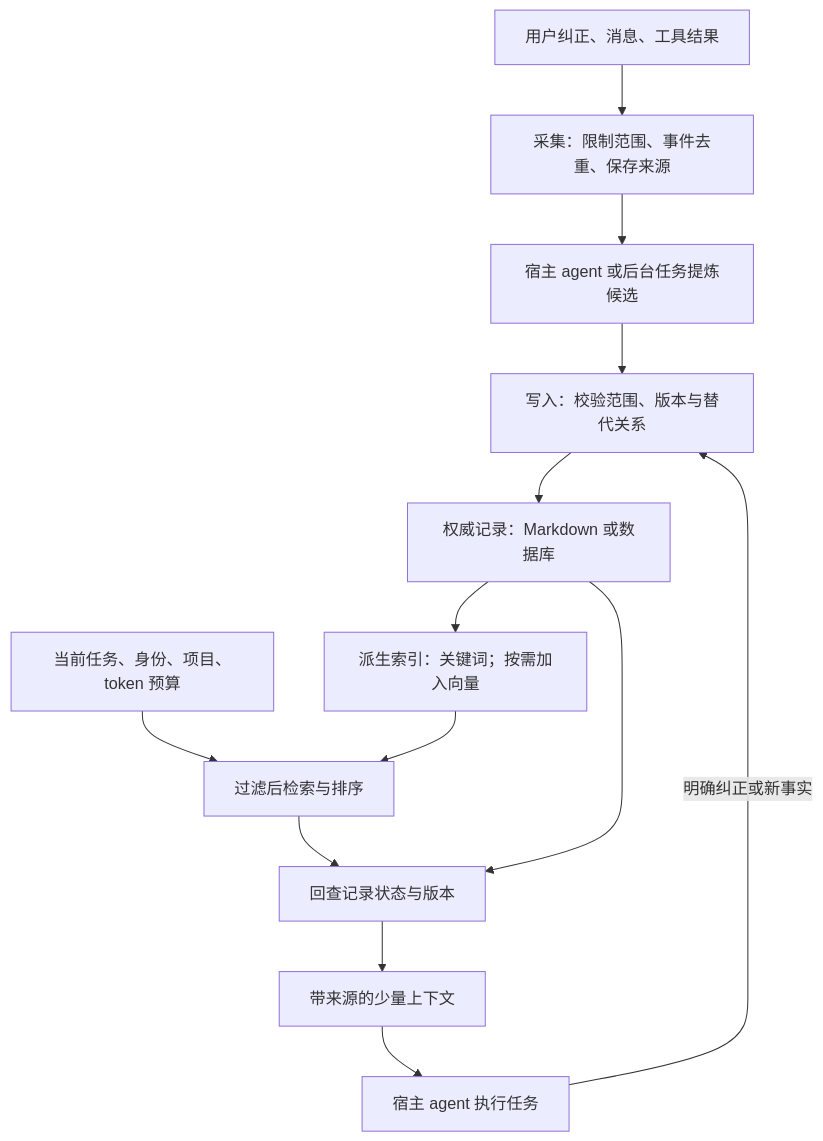
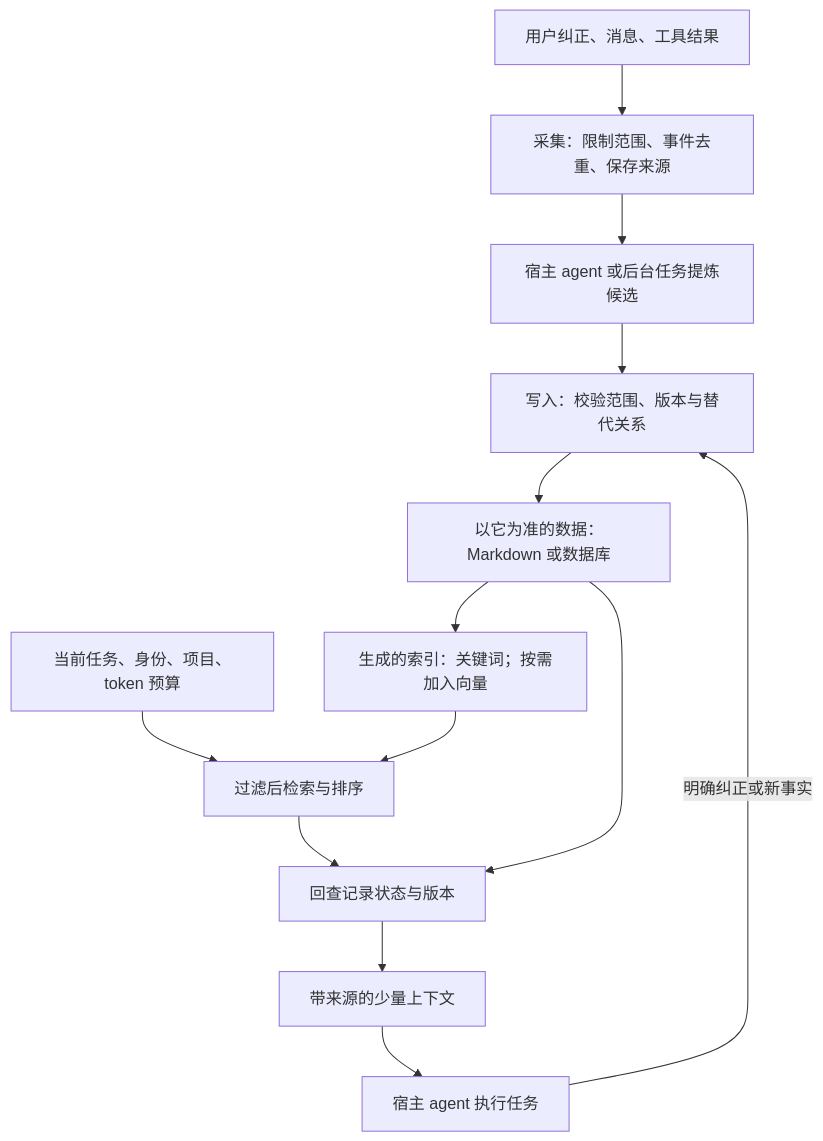
One commit to PerfectPan/wiki changed the first of 2 diagrams in wiki/syntheses/ai/agent-memory-implementation.md. Above: the diagram before and after it, drawn with Mermaid. The commit also changed other lines of this file, not shown here.

Commit message:
docs(ai): clarify source data and generated index wording

````diff
--- a/wiki/syntheses/ai/agent-memory-implementation.md
+++ b/wiki/syntheses/ai/agent-memory-implementation.md
@@ -71,15 +71,15 @@
 ```mermaid
 flowchart TB
     Input["用户纠正、消息、工具结果"] --> Capture["采集：限制范围、事件去重、保存来源"]
     Capture --> Candidate["宿主 agent 或后台任务提炼候选"]
     Candidate --> Writer["写入：校验范围、版本与替代关系"]
-    Writer --> Record["权威记录：Markdown 或数据库"]
-    Record --> Index["派生索引：关键词；按需加入向量"]
+    Writer --> Record["以它为准的数据：Markdown 或数据库"]
+    Record --> Index["生成的索引：关键词；按需加入向量"]
     Query["当前任务、身份、项目、token 预算"] --> Retrieve["过滤后检索与排序"]
     Index --> Retrieve
     Retrieve --> Check["回查记录状态与版本"]
     Record --> Check
     Check --> Pack["带来源的少量上下文"]
     Pack --> Agent["宿主 agent 执行任务"]
     Agent -->|明确纠正或新事实| Writer
 ```
````
